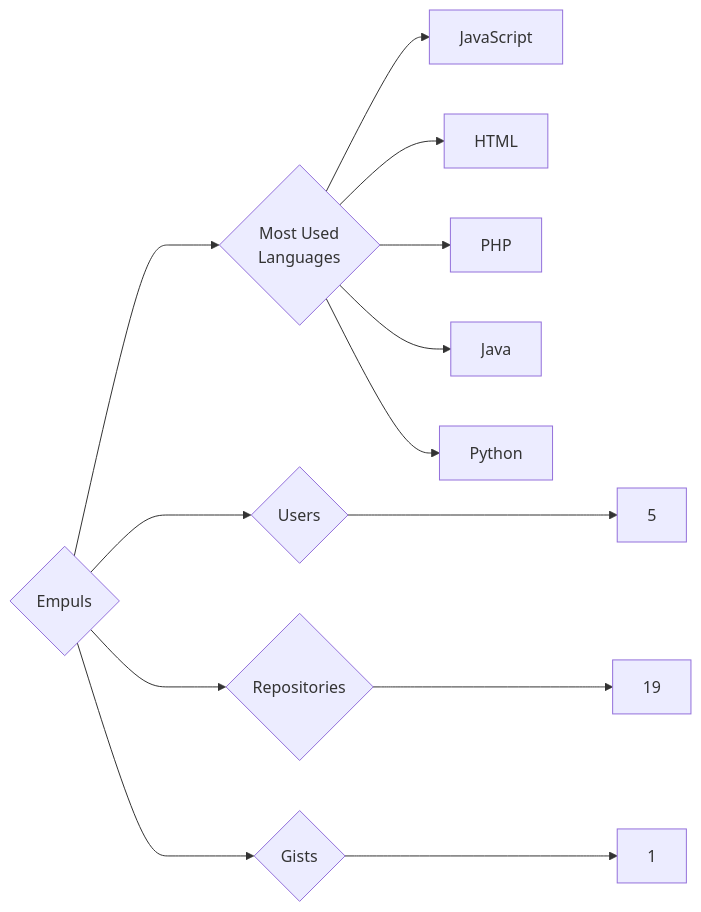
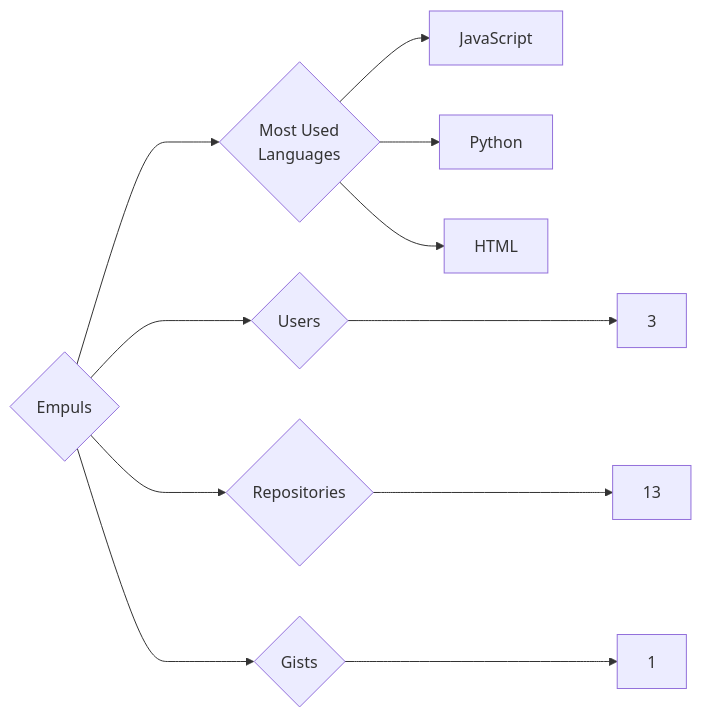
The diagram in targets/Empuls/README.md (trickest/insiders), drawn with Mermaid before and after one commit. The commit also changed 1020 other files, not shown here.

````diff
--- a/targets/Empuls/README.md
+++ b/targets/Empuls/README.md
@@ -3,13 +3,11 @@
 ```mermaid
 graph LR
 COMPANY_NAME{Empuls}
-COMPANY_NAME ---> U{Users} ---> UN[5]
-COMPANY_NAME ---> R{Repositories} ---> RN[19]
+COMPANY_NAME ---> U{Users} ---> UN[3]
+COMPANY_NAME ---> R{Repositories} ---> RN[13]
 COMPANY_NAME ---> G{Gists} ---> GN[1]
 COMPANY_NAME ---> ML{Most Used<br>Languages}
 ML --> JavaScript[JavaScript]
+ML --> Python[Python]
 ML --> HTML[HTML]
-ML --> PHP[PHP]
-ML --> Java[Java]
-ML --> Python[Python]
 ```
````
